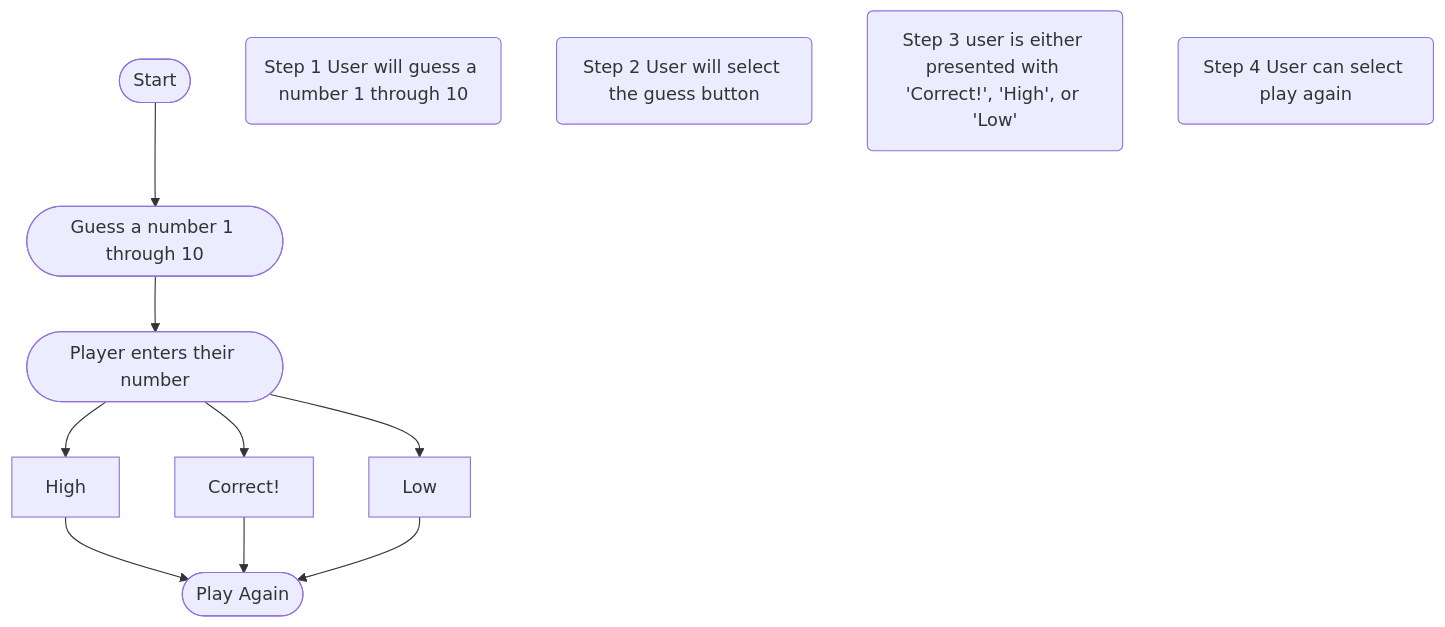
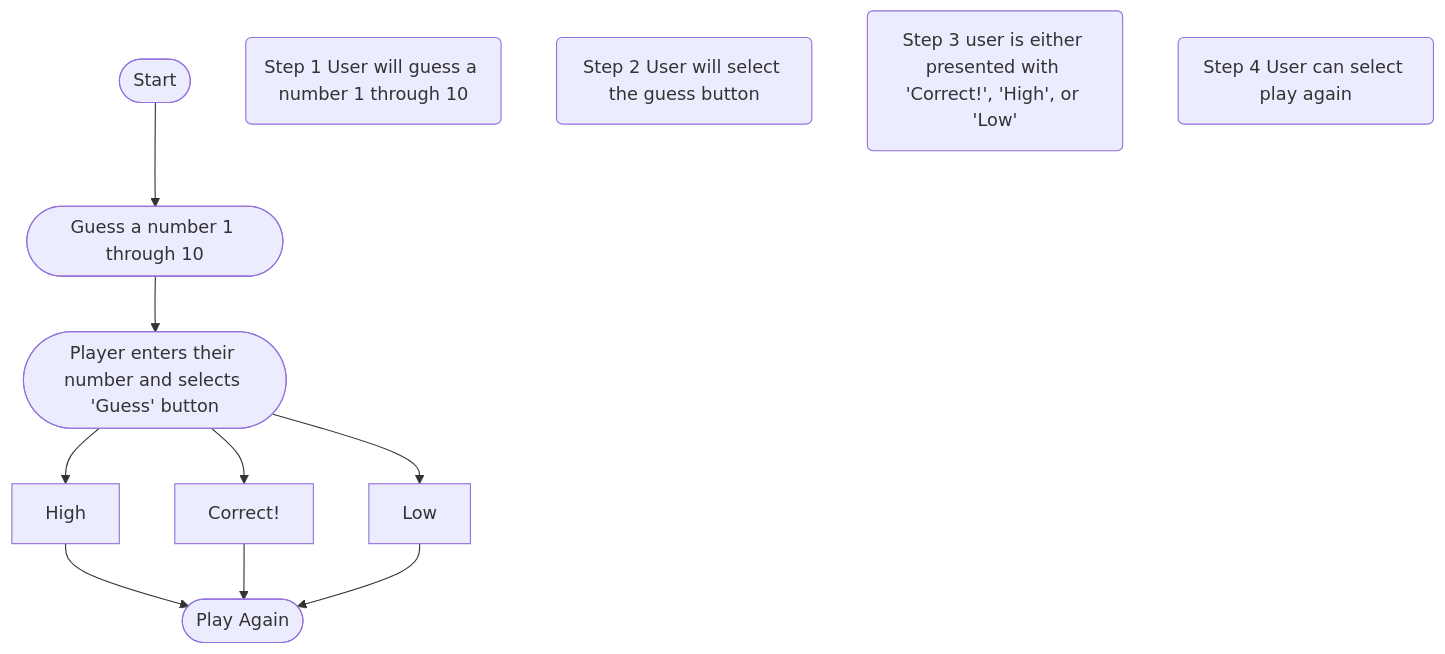
Before and after one commit to slaucks/slaucks.github.io: the diagram in Guessing.md, drawn with Mermaid.

````diff
--- a/Guessing.md
+++ b/Guessing.md
@@ -1,14 +1,14 @@
 ```mermaid
 flowchart TD
- Start([Start]) --> id1([Guess a number 1 through 10]) --> id2([Player enters their number])
+ Start([Start]) --> id1([Guess a number 1 through 10]) --> id2([Player enters their number and selects 'Guess' button])
 id2 --> High --> id3([Play Again])
 id2 --> Correct! --> id3([Play Again])
 id2 --> Low --> id3([Play Again])
 
 Start([Start])
 id4(Step 1 User will guess a number 1 through 10)
 id5(Step 2 User will select the guess button)
 id6(Step 3 user is either presented with 'Correct!', 'High', or 'Low')
 id7(Step 4 User can select play again)
 
 ```
````
